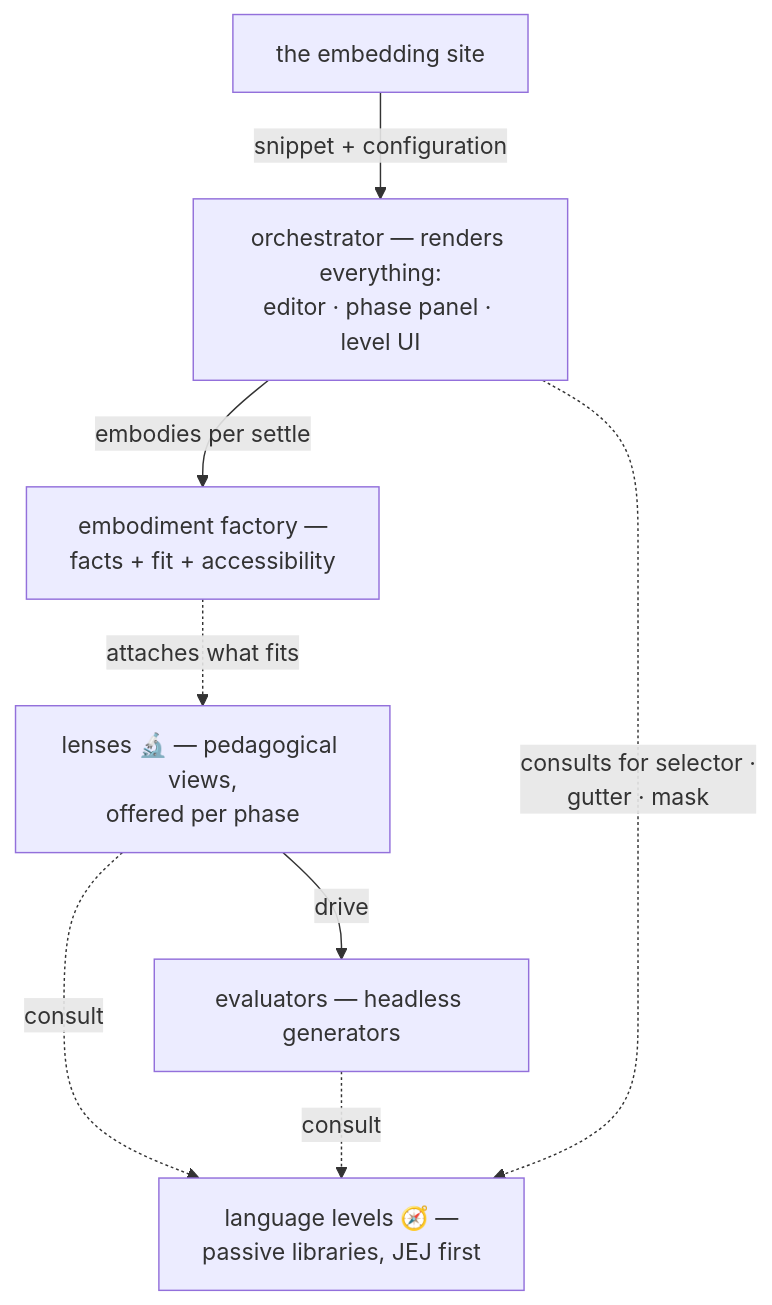
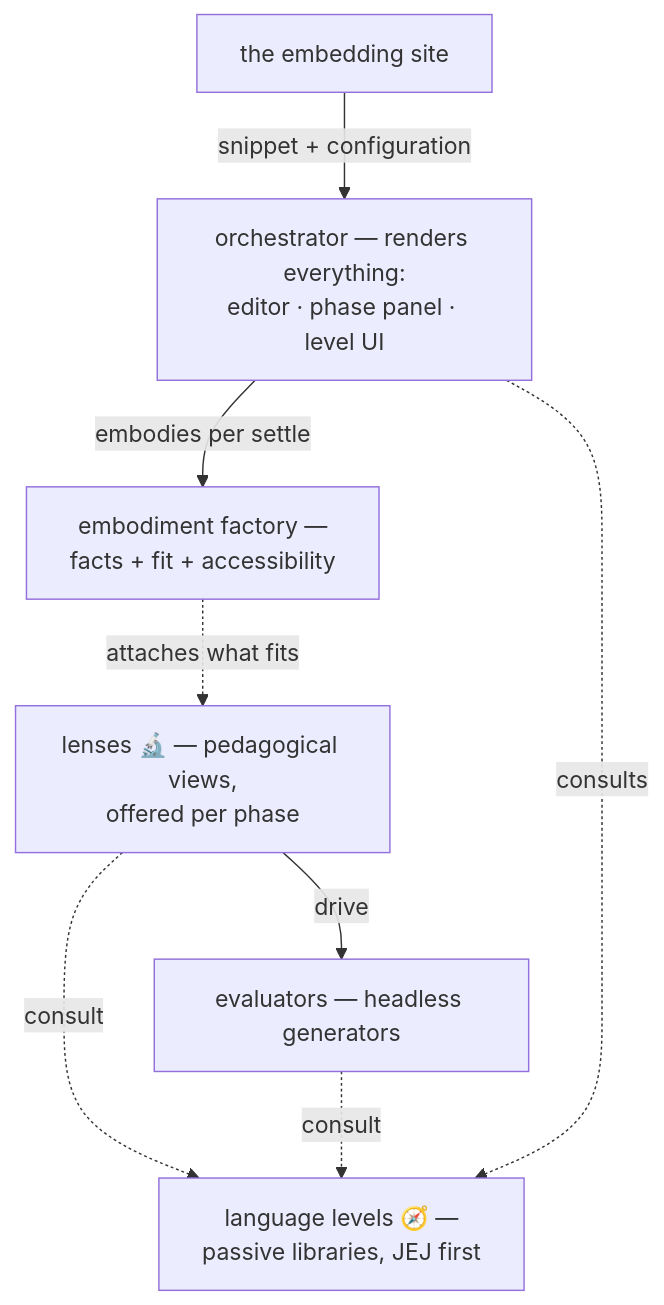
Before and after one commit to codeschoolinabox/curricula: the fourth of 4 diagrams in src/lib/study-lenses/README.md, drawn with Mermaid. The commit also changed other lines of this file and 1 other file, not shown here.

Commit message:
docs: reframe the story to package scope, restore the layer table, and fix mermaid edge labels

````diff
--- a/src/lib/study-lenses/README.md
+++ b/src/lib/study-lenses/README.md
@@ -367,15 +381,16 @@
 ```mermaid
 flowchart TD
     host["the embedding site"]
     orch["orchestrator — renders everything:<br/>editor · phase panel · level UI"]
     emb["embodiment factory —<br/>facts + fit + accessibility"]
     lenses["lenses 🔬 — pedagogical views,<br/>offered per phase"]
     evaluators["evaluators — headless generators"]
     levels["language levels 🧭 —<br/>passive libraries, JEJ first"]
     host -->|"snippet + configuration"| orch
     orch -->|"embodies per settle"| emb
     emb -.->|"attaches what fits"| lenses
     lenses -->|"drive"| evaluators
-    lenses & evaluators -.->|"consult"| levels
-    orch -.->|"consults for selector ·<br/>gutter · mask"| levels
+    lenses -.->|"consult"| levels
+    evaluators -.->|"consult"| levels
+    orch -.->|"consults"| levels
 ```
````
